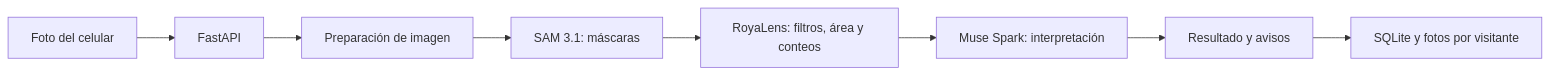
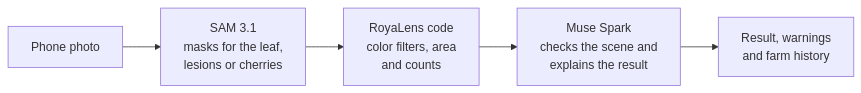
One commit to darvcodev/hackathon-meta changed the diagram in README.md. Above: the diagram before and after it, drawn with Mermaid. The commit also changed other lines of this file and 5 other files, not shown here.

````diff
--- a/README.md
+++ b/README.md
@@ -40,10 +35,7 @@
 ```mermaid
 flowchart LR
-    A[Foto del celular] --> B[FastAPI]
-    B --> C[Preparación de imagen]
-    C --> D[SAM 3.1: máscaras]
-    D --> E[RoyaLens: filtros, área y conteos]
-    E --> F[Muse Spark: interpretación]
-    F --> G[Resultado y avisos]
-    G --> H[SQLite y fotos por visitante]
+    A[Phone photo] --> B[SAM 3.1<br/>masks for the leaf,<br/>lesions or cherries]
+    B --> C[RoyaLens code<br/>color filters, area<br/>and counts]
+    C --> D[Muse Spark<br/>checks the scene and<br/>explains the result]
+    D --> E[Result, warnings<br/>and farm history]
 ```
````
